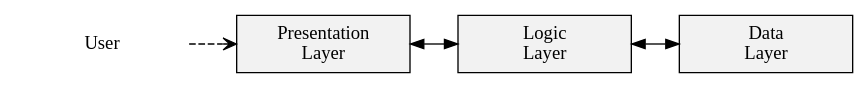
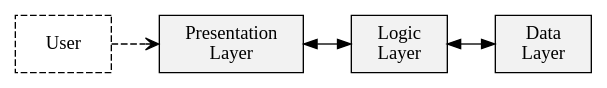
The diagram in de.uni_koeln.ub.drc/doc/architecture_overview.dot (fsteeg/drc), drawn with Graphviz before and after one commit. The commit also changed 4 other files, not shown here.

Commit message:
Some changes in architecture document and diagrams

```diff
--- a/de.uni_koeln.ub.drc/doc/architecture_overview.dot
+++ b/de.uni_koeln.ub.drc/doc/architecture_overview.dot
@@ -1,16 +1,16 @@
 /* Work in progress: architecture components diagram */
 digraph drc_architecture_overview {
 
-  node[shape=box width=1.8 height=0.6 style=filled fillcolor="grey95"]
+  node[shape=box width=1 height=0.6 style=filled fillcolor="grey95"]
   rankdir=LR
   
-  user[style=empty shape=none label="User"]
+  user[style=empty shape=box style=dashed label="User"]
   presentation[label="Presentation\nLayer"]
   logic[label="Logic\nLayer"]
   data[label="Data\nLayer"]
   
   user->presentation[style=dashed arrowhead=open]
   presentation->logic[dir=both]
   logic->data[dir=both]
   
 }
```
